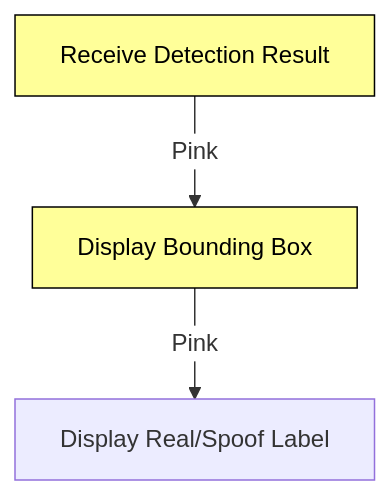
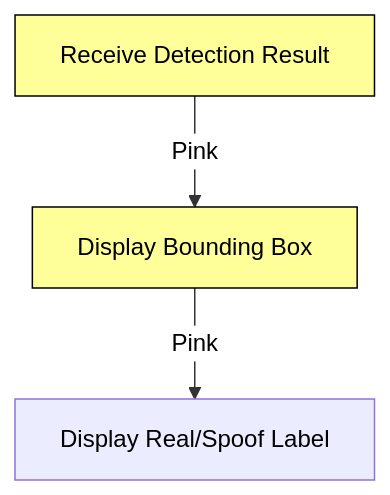
The fifth of 6 diagrams in README.md (Tharun-selladurai/face_liveliness_web_platform), drawn with Mermaid before and after one commit. The commit also changed other lines of this file, not shown here.

````diff
--- a/README.md
+++ b/README.md
@@ -113,9 +113,9 @@
 ```mermaid
-%%{init: {'theme': 'default', 'themeVariables': {'edgeLabelBackground':'#ffffff', 'tertiaryColor':'#ffffff'}}}%%
+%%{init: { "theme": "default", "themeVariables": { "edgeLabelBackground": "#ffffff", "tertiaryColor": "#ffffff", "primaryColor": "#ffff99", "edgeColor": "#ff0080", "textColor": "#000000" }}}%%
 graph TD;
     A[Receive Detection Result] -->|Pink| B[Display Bounding Box]
     B -->|Pink| C[Display Real/Spoof Label]
     
     classDef display fill:#ffff99,stroke:#000000,color:#000000;
     class A,B display;
 ```
````
